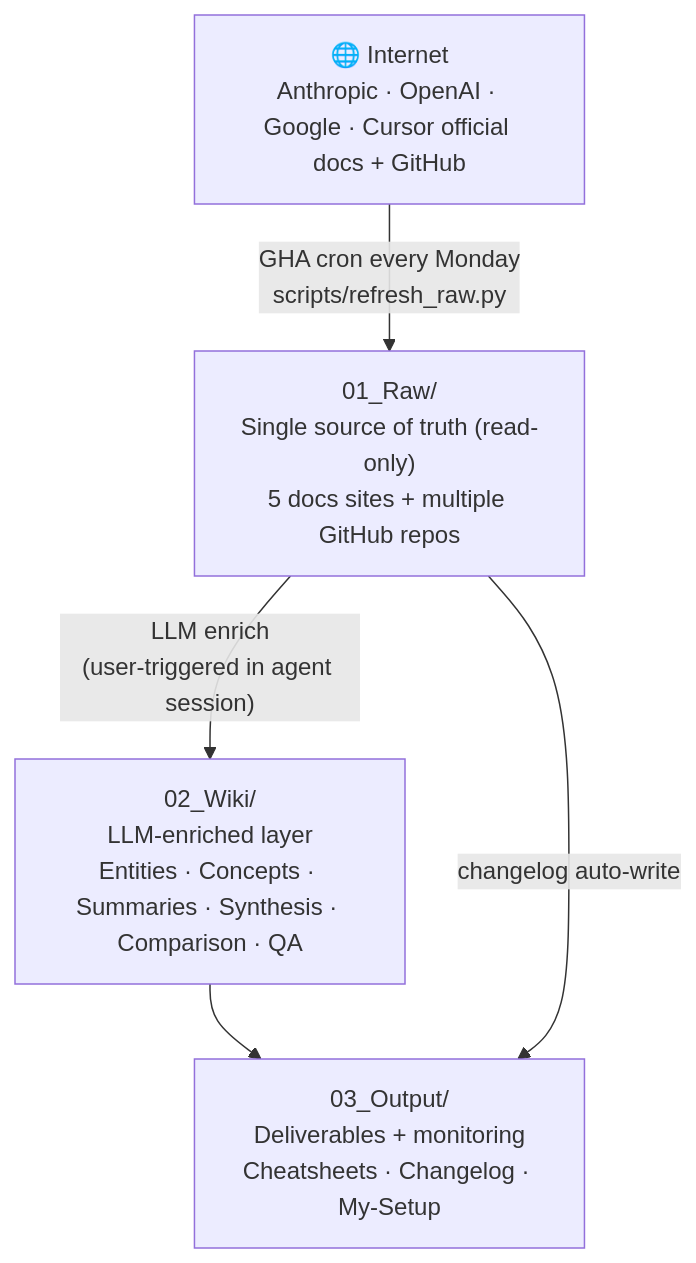
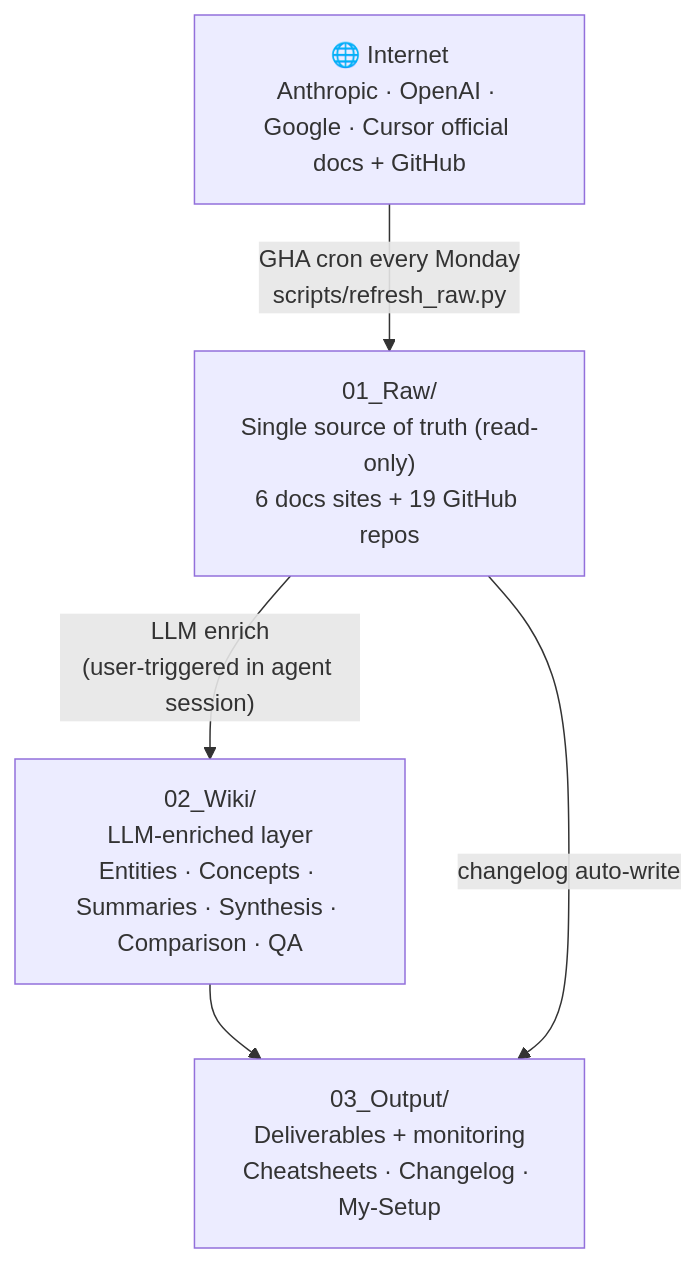
One commit to NickCollect/ai-coding-runbook changed the diagram in README.en.md. Above: the diagram before and after it, drawn with Mermaid. The commit also changed other lines of this file and 2 other files, not shown here.

````diff
--- a/README.en.md
+++ b/README.en.md
@@ -103,12 +121,12 @@
 ```mermaid
 flowchart TB
     Internet["🌐 Internet<br/>Anthropic · OpenAI · Google · Cursor official docs + GitHub"]
-    Raw["01_Raw/<br/>Single source of truth (read-only)<br/>5 docs sites + multiple GitHub repos"]
+    Raw["01_Raw/<br/>Single source of truth (read-only)<br/>6 docs sites + 19 GitHub repos"]
     Wiki["02_Wiki/<br/>LLM-enriched layer<br/>Entities · Concepts · Summaries · Synthesis · Comparison · QA"]
     Output["03_Output/<br/>Deliverables + monitoring<br/>Cheatsheets · Changelog · My-Setup"]
 
     Internet -->|"GHA cron every Monday<br/>scripts/refresh_raw.py"| Raw
     Raw -->|"LLM enrich<br/>(user-triggered in agent session)"| Wiki
     Wiki --> Output
     Raw -->|"changelog auto-write"| Output
 ```
````
